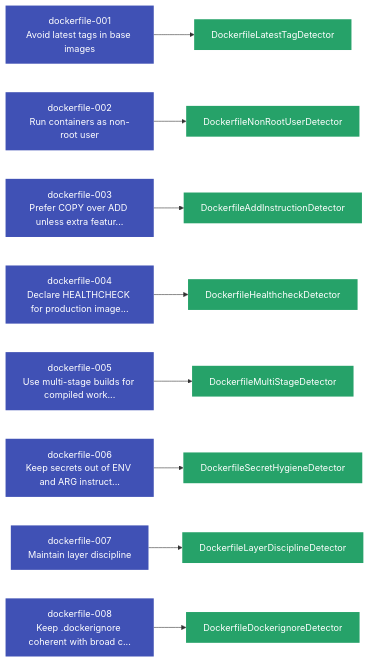
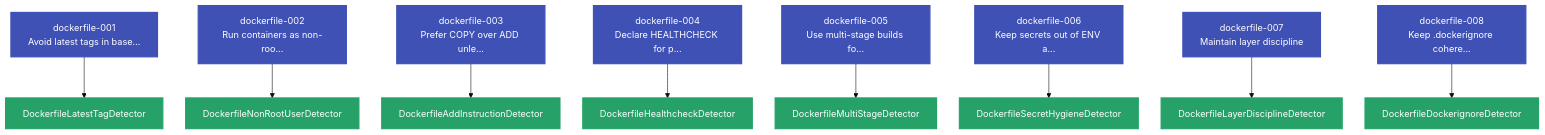
The first of 4 diagrams in docs/user-guide/languages/dockerfile.md (Anselmoo/mcp-zen-of-languages), drawn with Mermaid before and after one commit. The commit also changed other lines of this file and 20 other files, not shown here.

Commit message:
fix: improve Mermaid visualization - contrast, text overflow, new diagrams

````diff
--- a/docs/user-guide/languages/dockerfile.md
+++ b/docs/user-guide/languages/dockerfile.md
@@ -192,45 +192,46 @@
     ```mermaid
-    graph LR
-    dockerfile_001["dockerfile-001<br/>Avoid latest tags in base images"]
-    dockerfile_002["dockerfile-002<br/>Run containers as non-root user"]
-    dockerfile_003["dockerfile-003<br/>Prefer COPY over ADD unless extra featur..."]
-    dockerfile_004["dockerfile-004<br/>Declare HEALTHCHECK for production image..."]
-    dockerfile_005["dockerfile-005<br/>Use multi-stage builds for compiled work..."]
-    dockerfile_006["dockerfile-006<br/>Keep secrets out of ENV and ARG instruct..."]
+%%{init: {"theme": "base", "flowchart": {"useMaxWidth": false, "htmlLabels": true, "nodeSpacing": 40, "rankSpacing": 60}}}%%
+    graph TD
+    dockerfile_001["dockerfile-001<br/>Avoid latest tags in base..."]
+    dockerfile_002["dockerfile-002<br/>Run containers as non-roo..."]
+    dockerfile_003["dockerfile-003<br/>Prefer COPY over ADD unle..."]
+    dockerfile_004["dockerfile-004<br/>Declare HEALTHCHECK for p..."]
+    dockerfile_005["dockerfile-005<br/>Use multi-stage builds fo..."]
+    dockerfile_006["dockerfile-006<br/>Keep secrets out of ENV a..."]
     dockerfile_007["dockerfile-007<br/>Maintain layer discipline"]
-    dockerfile_008["dockerfile-008<br/>Keep .dockerignore coherent with broad c..."]
+    dockerfile_008["dockerfile-008<br/>Keep .dockerignore cohere..."]
     det_DockerfileAddInstructionDetector["DockerfileAddInstructionDetector"]
     dockerfile_003 --> det_DockerfileAddInstructionDetector
     det_DockerfileDockerignoreDetector["DockerfileDockerignoreDetector"]
     dockerfile_008 --> det_DockerfileDockerignoreDetector
     det_DockerfileHealthcheckDetector["DockerfileHealthcheckDetector"]
     dockerfile_004 --> det_DockerfileHealthcheckDetector
     det_DockerfileLatestTagDetector["DockerfileLatestTagDetector"]
     dockerfile_001 --> det_DockerfileLatestTagDetector
     det_DockerfileLayerDisciplineDetector["DockerfileLayerDisciplineDetector"]
     dockerfile_007 --> det_DockerfileLayerDisciplineDetector
     det_DockerfileMultiStageDetector["DockerfileMultiStageDetector"]
     dockerfile_005 --> det_DockerfileMultiStageDetector
     det_DockerfileNonRootUserDetector["DockerfileNonRootUserDetector"]
     dockerfile_002 --> det_DockerfileNonRootUserDetector
     det_DockerfileSecretHygieneDetector["DockerfileSecretHygieneDetector"]
     dockerfile_006 --> det_DockerfileSecretHygieneDetector
-    classDef principle fill:#4051b5,color:#fff,stroke:none
-    classDef detector fill:#26a269,color:#fff,stroke:none
+    classDef principle fill:#4051b5,color:#ffffff,stroke:#4051b5,stroke-width:2px
+    classDef detector fill:#26a269,color:#ffffff,stroke:#26a269,stroke-width:2px
     class dockerfile_001 principle
     class dockerfile_002 principle
     class dockerfile_003 principle
     class dockerfile_004 principle
     class dockerfile_005 principle
     class dockerfile_006 principle
     class dockerfile_007 principle
     class dockerfile_008 principle
     class det_DockerfileAddInstructionDetector detector
     class det_DockerfileDockerignoreDetector detector
     class det_DockerfileHealthcheckDetector detector
     class det_DockerfileLatestTagDetector detector
     class det_DockerfileLayerDisciplineDetector detector
     class det_DockerfileMultiStageDetector detector
     class det_DockerfileNonRootUserDetector detector
     class det_DockerfileSecretHygieneDetector detector
     ```
````
